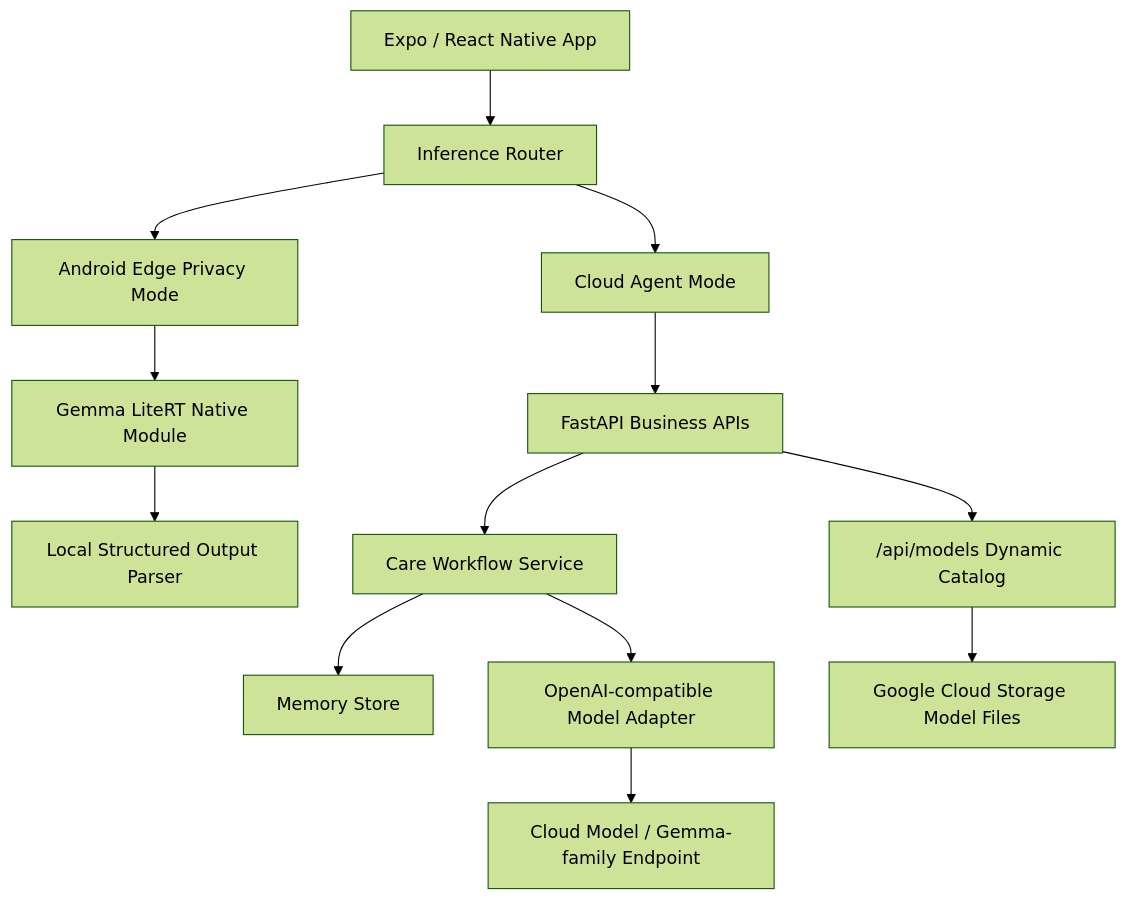
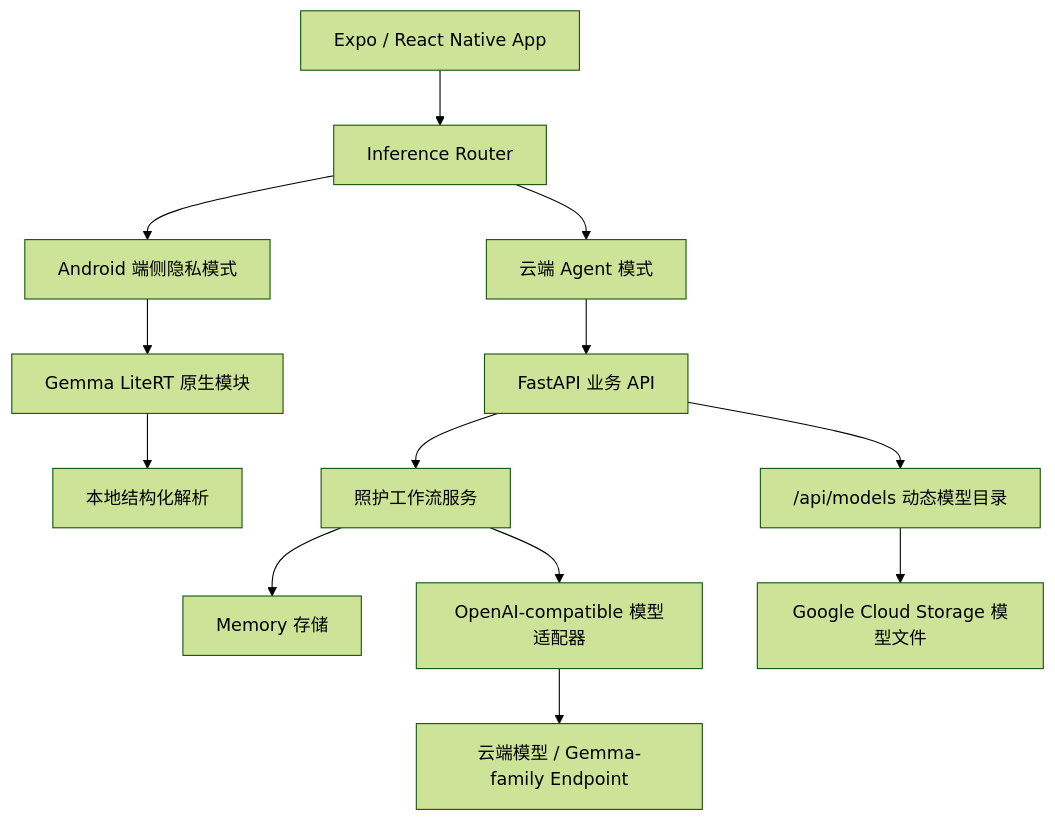
The diagram in README.md (hyczy0809/CareMind), drawn with Mermaid (forest theme) before and after one commit. The commit also changed other lines of this file, not shown here.

````diff
--- a/README.md
+++ b/README.md
@@ -123,15 +123,15 @@
 ```mermaid
 flowchart TD
     A["Expo / React Native App"] --> B["Inference Router"]
-    B --> C["Android Edge Privacy Mode"]
-    C --> D["Gemma LiteRT Native Module"]
-    D --> E["Local Structured Output Parser"]
-    B --> F["Cloud Agent Mode"]
-    F --> G["FastAPI Business APIs"]
-    G --> H["Care Workflow Service"]
-    H --> I["Memory Store"]
-    H --> J["OpenAI-compatible Model Adapter"]
-    J --> K["Cloud Model / Gemma-family Endpoint"]
-    G --> L["/api/models Dynamic Catalog"]
-    L --> M["Google Cloud Storage Model Files"]
+    B --> C["Android 端侧隐私模式"]
+    C --> D["Gemma LiteRT 原生模块"]
+    D --> E["本地结构化解析"]
+    B --> F["云端 Agent 模式"]
+    F --> G["FastAPI 业务 API"]
+    G --> H["照护工作流服务"]
+    H --> I["Memory 存储"]
+    H --> J["OpenAI-compatible 模型适配器"]
+    J --> K["云端模型 / Gemma-family Endpoint"]
+    G --> L["/api/models 动态模型目录"]
+    L --> M["Google Cloud Storage 模型文件"]
 ```
````
